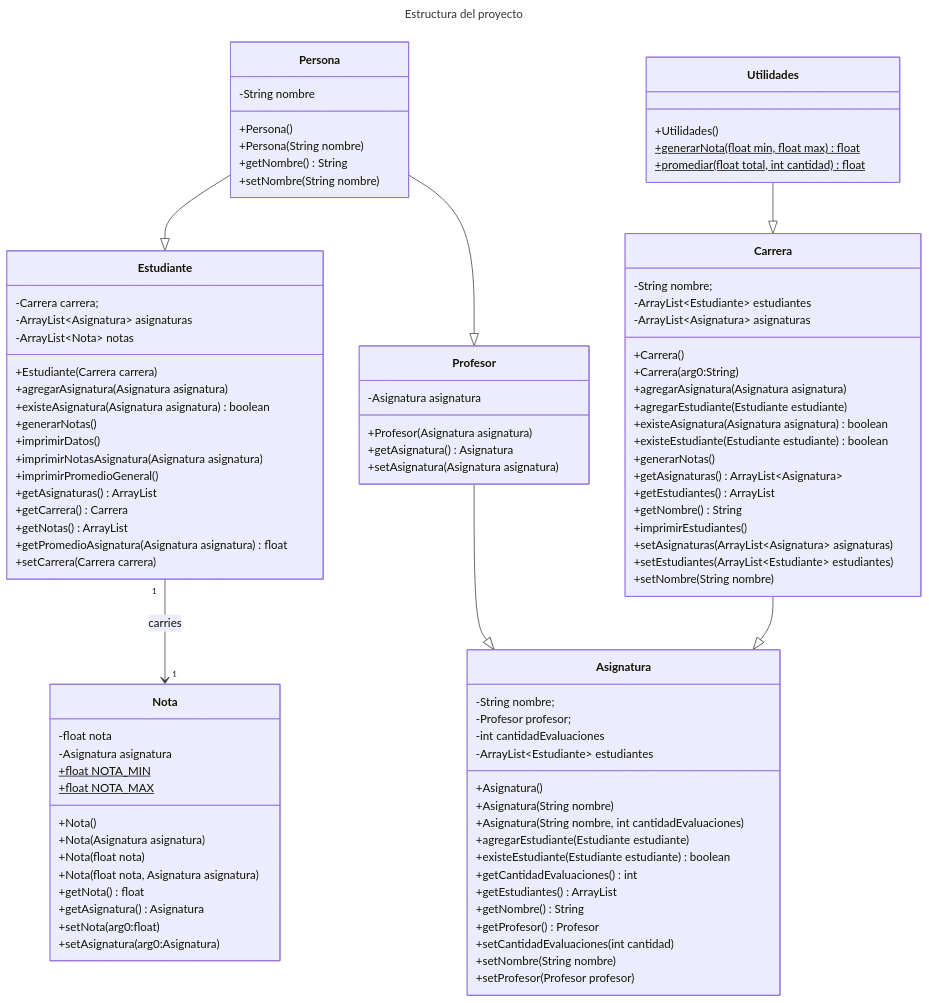
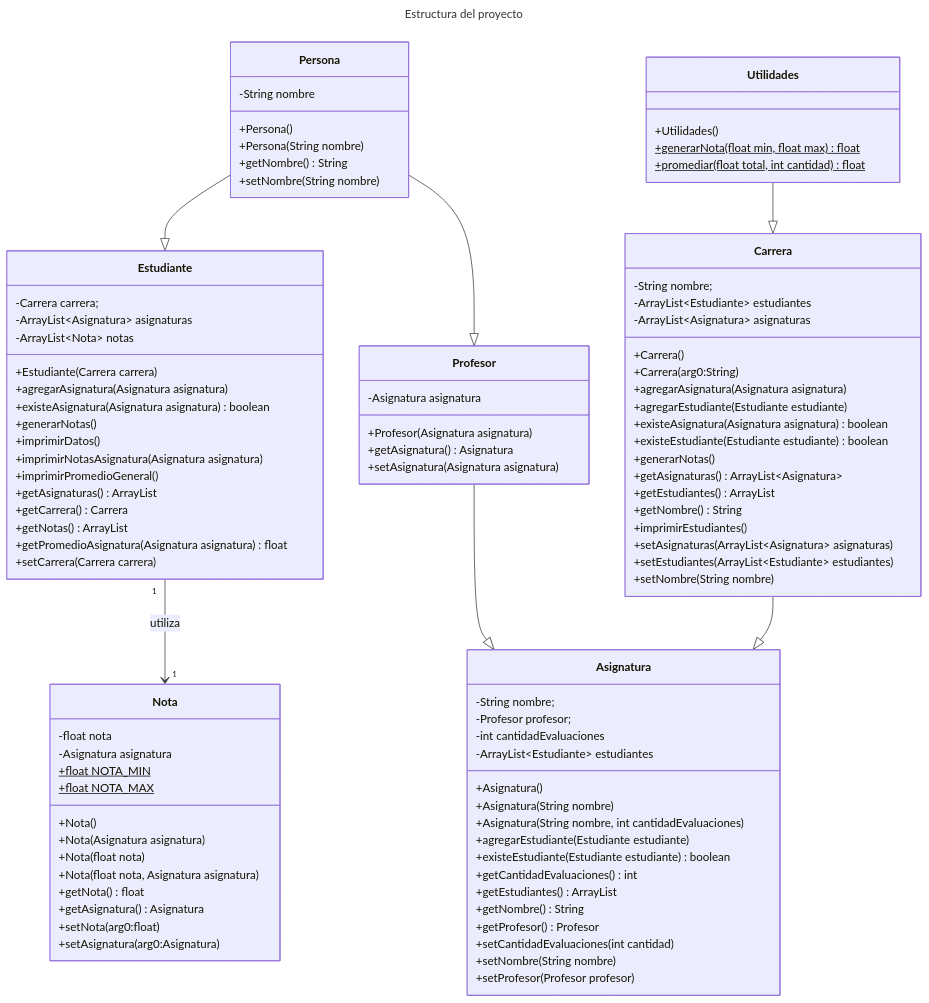
The diagram in README.md (daniOlg/java-poo), drawn with Mermaid before and after one commit.

Commit message:
adding UML

```diff
--- a/README.md
+++ b/README.md
@@ -196,7 +196,7 @@
 	+promediar(float total, int cantidad)$ float
 }
 
-Estudiante "1" --> "1" Nota : carries
+Estudiante "1" --> "1" Nota : utiliza
 
 Carrera --|> Asignatura
 
```
